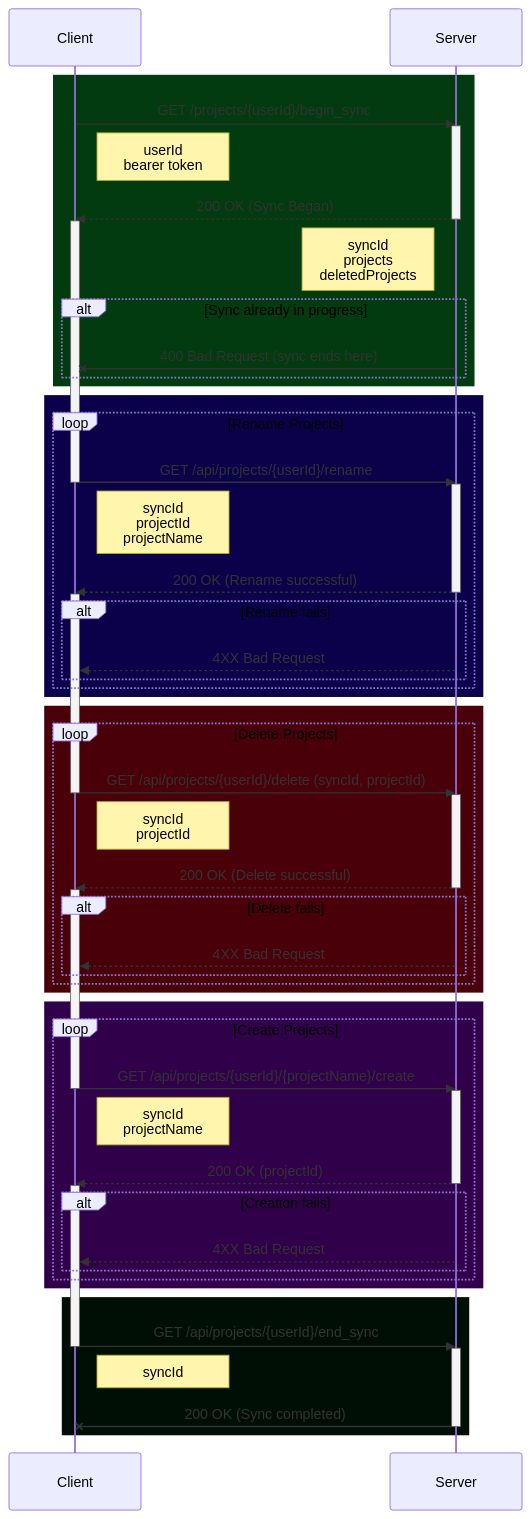
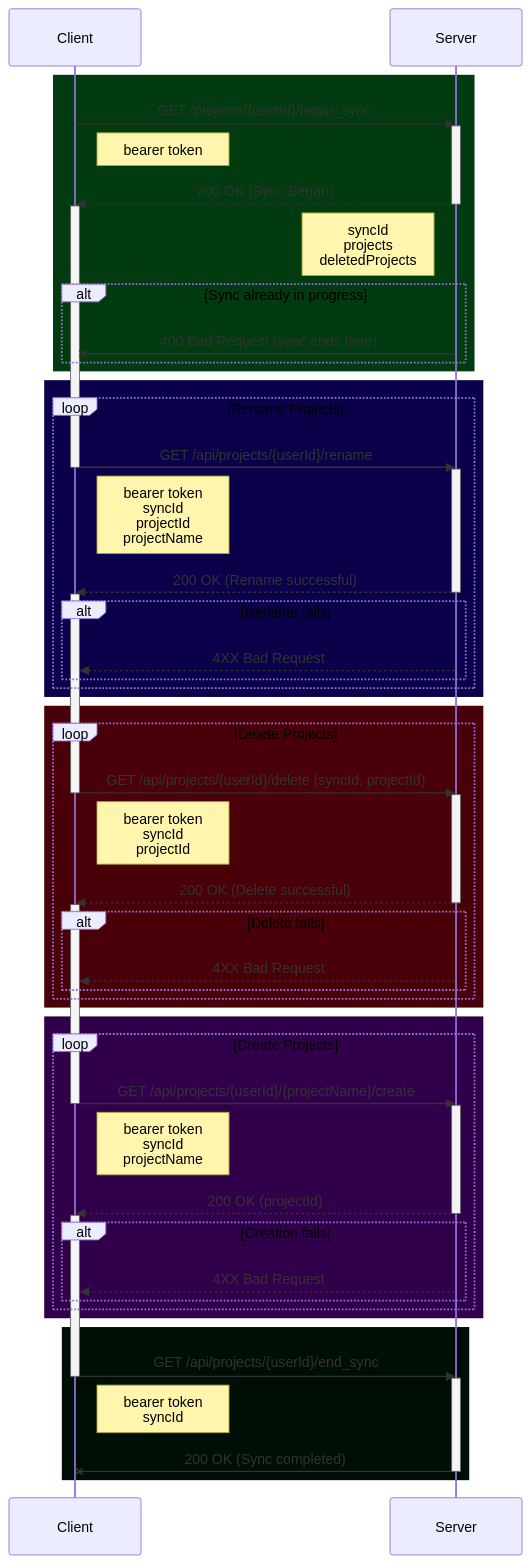
Before and after one commit to Wavesonics/hammer-editor: the diagram in docs/SYNCING-PROTOCOL.md, drawn with Mermaid.

Commit message:
Documented the Account Sync Protocol

````diff
--- a/docs/SYNCING-PROTOCOL.md
+++ b/docs/SYNCING-PROTOCOL.md
@@ -71,72 +71,72 @@
 ```mermaid
 sequenceDiagram
 	participant Client as Client
 	participant Server as Server
 
 	rect rgb(1, 59, 15)
 		Client ->> Server: GET /projects/{userId}/begin_sync
 		activate Server
-		Note right of Client: userId<br>bearer token
+		Note right of Client: bearer token
 		Server -->> Client: 200 OK (Sync Began)
 		deactivate Server
 		activate Client
-		Note left of Server: syncId<br>projects<br>deletedProjects
+		Note left of Server: syncId<br/>projects<br/>deletedProjects
 		alt Sync already in progress
 			Server -x Client: 400 Bad Request (sync ends here)
 		end
 	end
 	rect rgb(11, 0, 74)
 		loop Rename Projects
 			Client ->> Server: GET /api/projects/{userId}/rename
 			deactivate Client
 			activate Server
-			Note right of Client: syncId <br> projectId <br> projectName
+			Note right of Client: bearer token <br/> syncId <br/> projectId <br/> projectName
 			Server -->> Client: 200 OK (Rename successful)
 			deactivate Server
 			activate Client
 			alt Rename fails
 				Server -->> Client: 4XX Bad Request
 			end
 		end
 	end
 
 	rect rgb(74, 0, 9)
 		loop Delete Projects
 			Client ->> Server: GET /api/projects/{userId}/delete (syncId, projectId)
 			deactivate Client
 			activate Server
-			Note right of Client: syncId <br> projectId
+			Note right of Client: bearer token <br/> syncId <br/> projectId
 			Server -->> Client: 200 OK (Delete successful)
 			deactivate Server
 			activate Client
 			alt Delete fails
 				Server -->> Client: 4XX Bad Request
 			end
 		end
 	end
 
 	rect rgb(49, 0, 74)
 		loop Create Projects
 			Client ->> Server: GET /api/projects/{userId}/{projectName}/create
 			deactivate Client
 			activate Server
-			Note right of Client: syncId <br> projectName
+			Note right of Client: bearer token <br/> syncId <br/> projectName
 			Server -->> Client: 200 OK (projectId)
 			deactivate Server
 			activate Client
 			alt Creation fails
 				Server -->> Client: 4XX Bad Request
 			end
 		end
 	end
 
 	rect rgb(0, 15, 6)
 		Client ->> Server: GET /api/projects/{userId}/end_sync
 		deactivate Client
 		activate Server
-		Note right of Client: syncId
+		Note right of Client: bearer token <br/> syncId
 		Server -x Client: 200 OK (Sync completed)
 		deactivate Server
 	end
 
 ```
````
